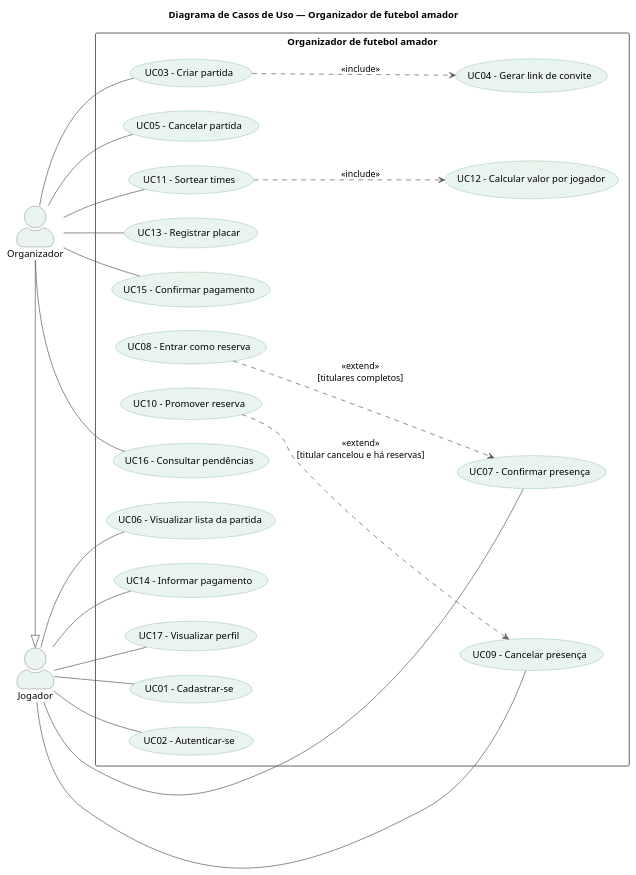
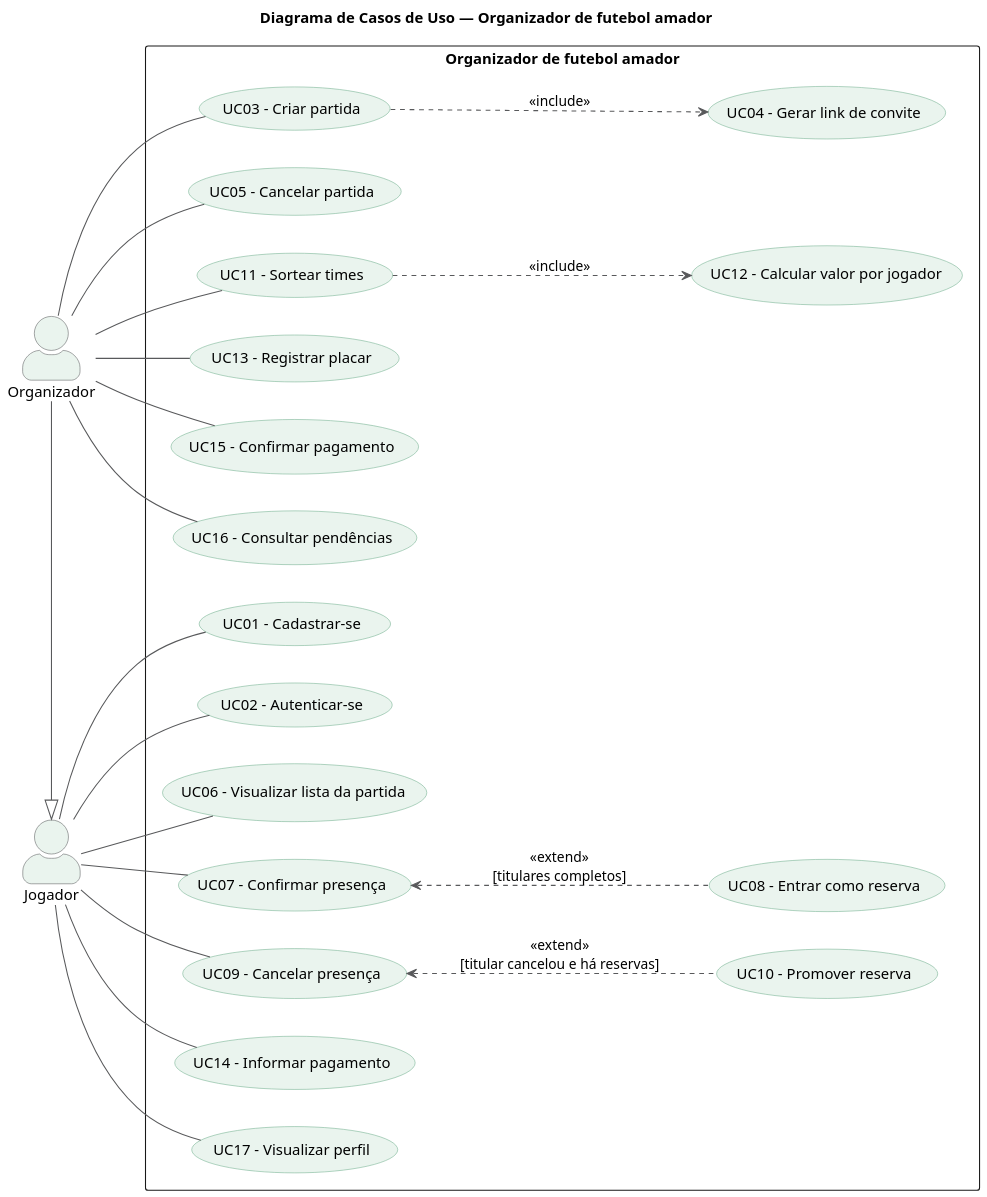
The diagram in diagramas/casos_de_uso.puml (VictorAndreon/Organizador-futebol-amador), drawn with PlantUML before and after one commit. The commit also changed 10 other files, not shown here.

```diff
--- a/diagramas/casos_de_uso.puml
+++ b/diagramas/casos_de_uso.puml
@@ -1,74 +1,77 @@
 @startuml casos_de_uso
 title Diagrama de Casos de Uso — Organizador de futebol amador
+
+skinparam dpi 150
 
 left to right direction
 skinparam actorStyle awesome
 skinparam packageStyle rectangle
 skinparam ArrowColor #58595B
 skinparam ActorBorderColor #58595B
 skinparam ActorBackgroundColor #EAF4EE
 skinparam usecase {
   BackgroundColor #EAF4EE
   BorderColor #6FAE8C
 }
 
 actor "Jogador" as Jogador
 actor "Organizador" as Organizador
 
 Organizador -|> Jogador
 
 rectangle "Organizador de futebol amador" {
   ' Conta
   usecase "UC01 - Cadastrar-se" as UC01
   usecase "UC02 - Autenticar-se" as UC02
 
   ' Partida
   usecase "UC03 - Criar partida" as UC03
   usecase "UC04 - Gerar link de convite" as UC04
   usecase "UC05 - Cancelar partida" as UC05
   usecase "UC06 - Visualizar lista da partida" as UC06
 
   ' Presença
   usecase "UC07 - Confirmar presença" as UC07
   usecase "UC08 - Entrar como reserva" as UC08
   usecase "UC09 - Cancelar presença" as UC09
   usecase "UC10 - Promover reserva" as UC10
 
   ' Jogo
   usecase "UC11 - Sortear times" as UC11
   usecase "UC12 - Calcular valor por jogador" as UC12
   usecase "UC13 - Registrar placar" as UC13
 
   ' Pagamento
   usecase "UC14 - Informar pagamento" as UC14
   usecase "UC15 - Confirmar pagamento" as UC15
   usecase "UC16 - Consultar pendências" as UC16
 
   ' Perfil
   usecase "UC17 - Visualizar perfil" as UC17
 }
 
 ' Jogador
 Jogador -- UC01
 Jogador -- UC02
 Jogador -- UC06
 Jogador -- UC07
 Jogador -- UC09
 Jogador -- UC14
 Jogador -- UC17
 
 ' Organizador (também herda todos os casos do Jogador)
 Organizador -- UC03
 Organizador -- UC05
 Organizador -- UC11
 Organizador -- UC13
 Organizador -- UC15
 Organizador -- UC16
 
-' Relacionamentos
+' Relacionamentos ("A <.. B" desenha a seta de B para A,
+' mantendo o caso base perto do ator)
 UC03 ..> UC04 : <<include>>
 UC11 ..> UC12 : <<include>>
-UC08 ..> UC07 : <<extend>>\n[titulares completos]
-UC10 ..> UC09 : <<extend>>\n[titular cancelou e há reservas]
+UC07 <.. UC08 : <<extend>>\n[titulares completos]
+UC09 <.. UC10 : <<extend>>\n[titular cancelou e há reservas]
 
 @enduml
```
